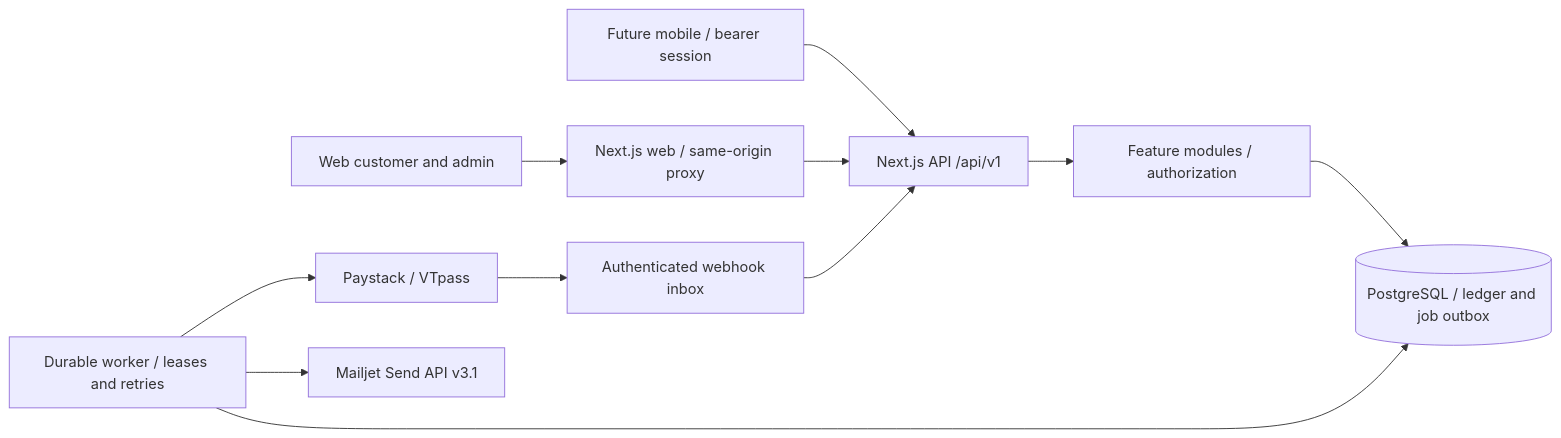
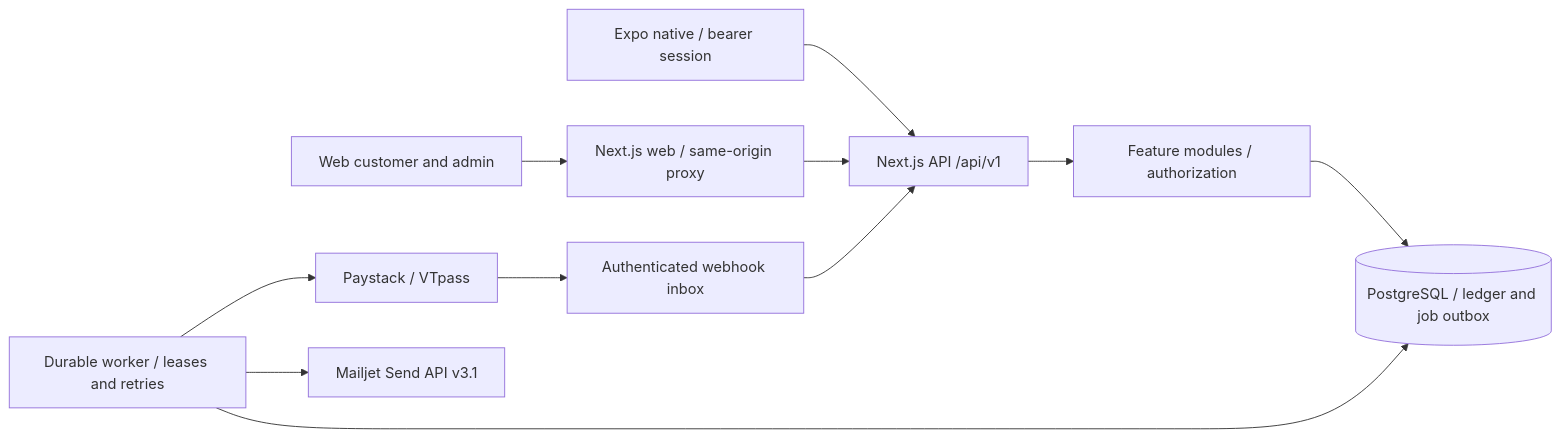
The diagram in docs/architecture/OVERVIEW.md (freshpex/quickpay), drawn with Mermaid before and after one commit. The commit also changed other lines of this file and 156 other files, not shown here.

````diff
--- a/docs/architecture/OVERVIEW.md
+++ b/docs/architecture/OVERVIEW.md
@@ -7,13 +7,13 @@
 ```mermaid
 flowchart LR
   Browser[Web customer and admin] --> Web[Next.js web / same-origin proxy]
-  Mobile[Future mobile / bearer session] --> API[Next.js API /api/v1]
+  Mobile[Expo native / bearer session] --> API[Next.js API /api/v1]
   Web --> API
   API --> Modules[Feature modules / authorization]
   Modules --> PG[(PostgreSQL / ledger and job outbox)]
   Worker[Durable worker / leases and retries] --> PG
   Worker --> Providers[Paystack / VTpass]
   Providers --> Webhook[Authenticated webhook inbox]
   Webhook --> API
   Worker --> Mailjet[Mailjet Send API v3.1]
 ```
````
